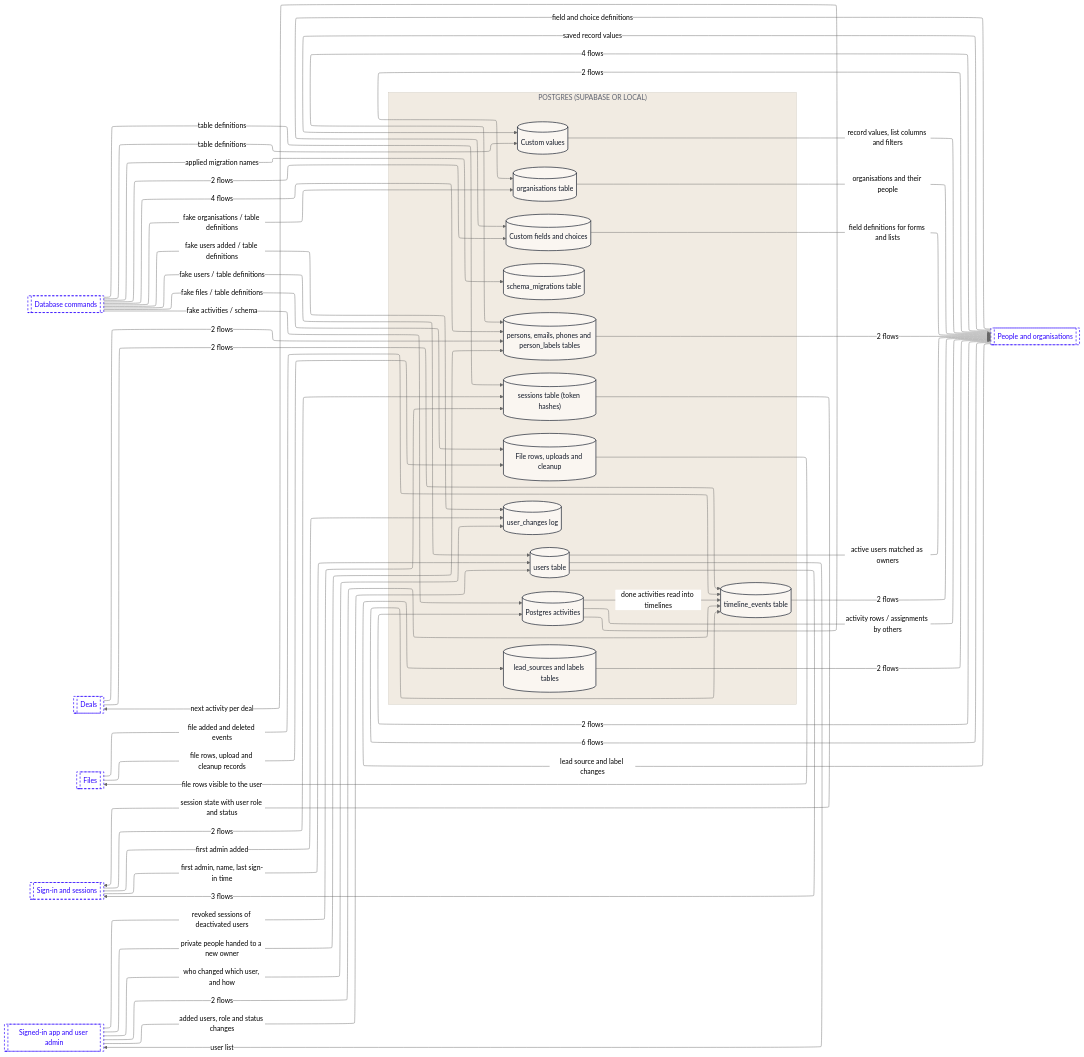
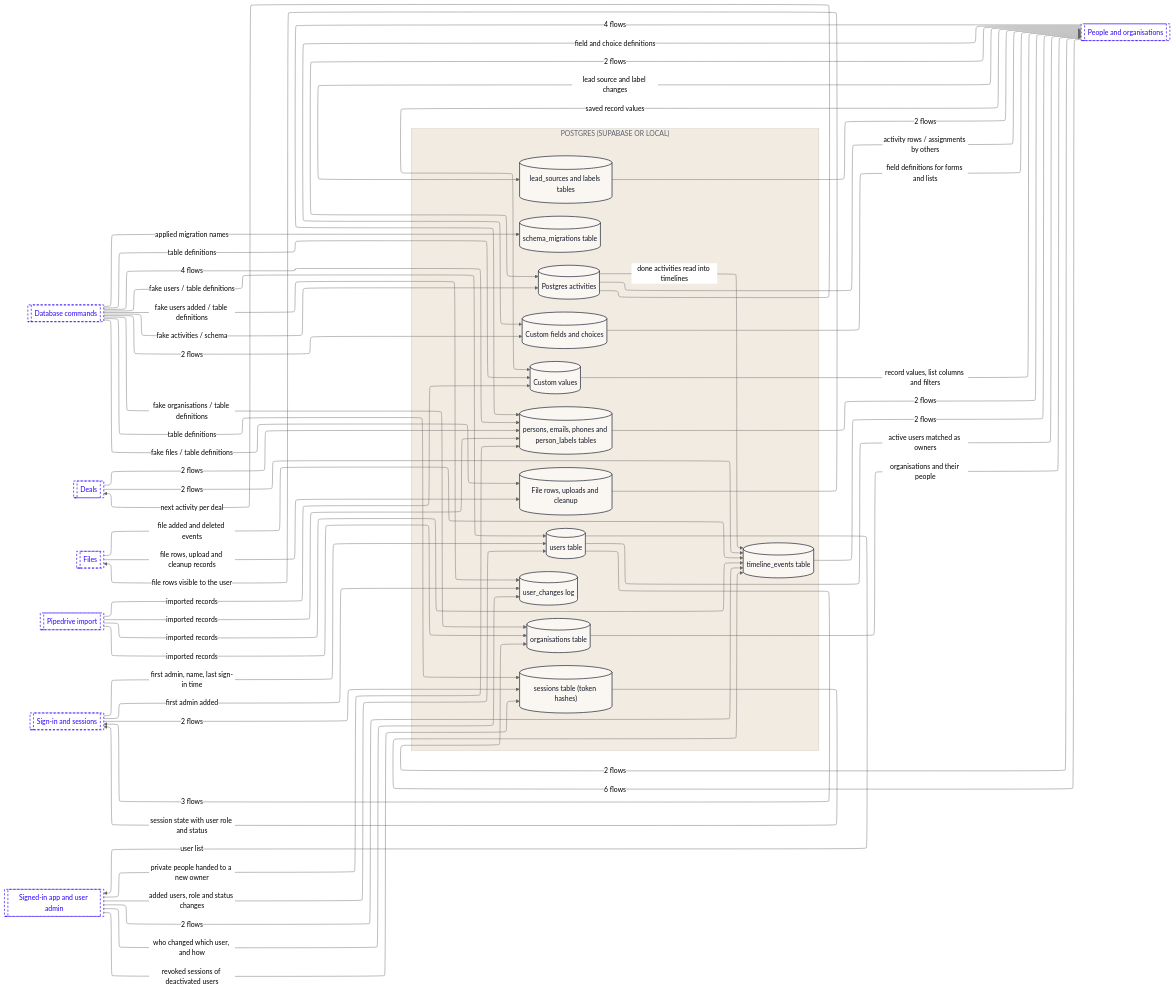
The third of 12 diagrams in dataflow/DATAFLOW.md (Romain-Perche/Barnacle-Pipe), drawn with Mermaid (neutral theme) before and after one commit. The commit also changed other lines of this file and 12 other files, not shown here.

````diff
--- a/dataflow/DATAFLOW.md
+++ b/dataflow/DATAFLOW.md
@@ -191,25 +211,26 @@
     n13[["Database commands"]]
     n14[["Deals"]]
     n15[["Files"]]
-    n16[["People and organisations"]]
-    n17[["Sign-in and sessions"]]
-    n18[["Signed-in app and user admin"]]
-    n16 -->|"2 flows"| n1
-    n16 -->|"4 flows"| n7
-    n1 -->|"activity rows / assignments by others"| n16
+    n16[["Pipedrive import"]]
+    n17[["People and organisations"]]
+    n18[["Sign-in and sessions"]]
+    n19[["Signed-in app and user admin"]]
+    n17 -->|"2 flows"| n1
+    n17 -->|"4 flows"| n7
+    n1 -->|"activity rows / assignments by others"| n17
     n1 -->|"next activity per deal"| n14
     n1 -->|"done activities read into timelines"| n10
-    n16 -->|"lead source and label changes"| n2
-    n2 -->|"2 flows"| n16
-    n17 -->|"2 flows"| n9
-    n17 -->|"first admin added"| n11
-    n17 -->|"first admin, name, last sign-in time"| n12
-    n16 -->|"2 flows"| n6
-    n16 -->|"6 flows"| n10
-    n16 -->|"field and choice definitions"| n3
-    n16 -->|"saved record values"| n4
-    n3 -->|"field definitions for forms and lists"| n16
-    n4 -->|"record values, list columns and filters"| n16
+    n17 -->|"lead source and label changes"| n2
+    n2 -->|"2 flows"| n17
+    n18 -->|"2 flows"| n9
+    n18 -->|"first admin added"| n11
+    n18 -->|"first admin, name, last sign-in time"| n12
+    n17 -->|"2 flows"| n6
+    n17 -->|"6 flows"| n10
+    n17 -->|"field and choice definitions"| n3
+    n17 -->|"saved record values"| n4
+    n3 -->|"field definitions for forms and lists"| n17
+    n4 -->|"record values, list columns and filters"| n17
     n14 -->|"2 flows"| n7
     n14 -->|"2 flows"| n10
     n15 -->|"file rows, upload and cleanup records"| n5
@@ -225,18 +246,22 @@
     n13 -->|"table definitions"| n9
     n13 -->|"fake users added / table definitions"| n11
     n13 -->|"fake users / table definitions"| n12
-    n6 -->|"organisations and their people"| n16
-    n7 -->|"2 flows"| n16
-    n9 -->|"session state with user role and status"| n17
-    n10 -->|"2 flows"| n16
-    n18 -->|"private people handed to a new owner"| n7
-    n18 -->|"revoked sessions of deactivated users"| n9
-    n18 -->|"2 flows"| n10
-    n18 -->|"who changed which user, and how"| n11
-    n18 -->|"added users, role and status changes"| n12
-    n12 -->|"3 flows"| n17
-    n12 -->|"active users matched as owners"| n16
-    n12 -->|"user list"| n18
+    n6 -->|"organisations and their people"| n17
+    n7 -->|"2 flows"| n17
+    n16 -->|"imported records"| n4
+    n16 -->|"imported records"| n6
+    n16 -->|"imported records"| n7
+    n16 -->|"imported records"| n10
+    n9 -->|"session state with user role and status"| n18
+    n10 -->|"2 flows"| n17
+    n19 -->|"private people handed to a new owner"| n7
+    n19 -->|"revoked sessions of deactivated users"| n9
+    n19 -->|"2 flows"| n10
+    n19 -->|"who changed which user, and how"| n11
+    n19 -->|"added users, role and status changes"| n12
+    n12 -->|"3 flows"| n18
+    n12 -->|"active users matched as owners"| n17
+    n12 -->|"user list"| n19
     classDef actor fill:#FFFFFF,stroke:#111827,stroke-width:1px,color:#111827
     classDef process fill:#EDEAFF,stroke:#2B00FF,stroke-width:1.5px,color:#111827
     classDef store fill:#FAF6F1,stroke:#111827,stroke-width:1.5px,color:#111827
@@ -244,6 +269,6 @@
     classDef group fill:#2B00FF,stroke:#2B00FF,color:#FFFFFF
     classDef stub fill:#FFFFFF,stroke:#2B00FF,stroke-width:1.5px,stroke-dasharray:5 4,color:#2B00FF
     class n1,n2,n3,n4,n5,n6,n7,n8,n9,n10,n11,n12 store
-    class n13,n14,n15,n16,n17,n18 stub
+    class n13,n14,n15,n16,n17,n18,n19 stub
     style z1 fill:#F1EBE2,stroke:#CFC7BB,color:#5D6270
 ```
````
